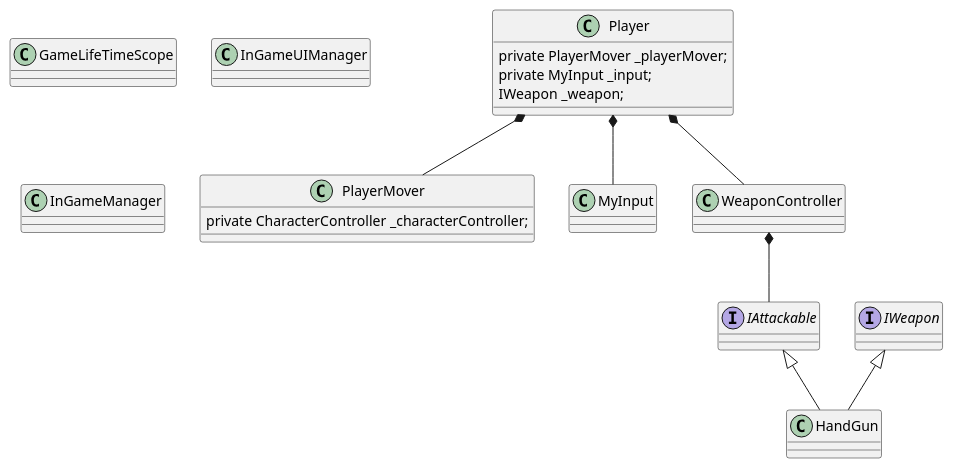
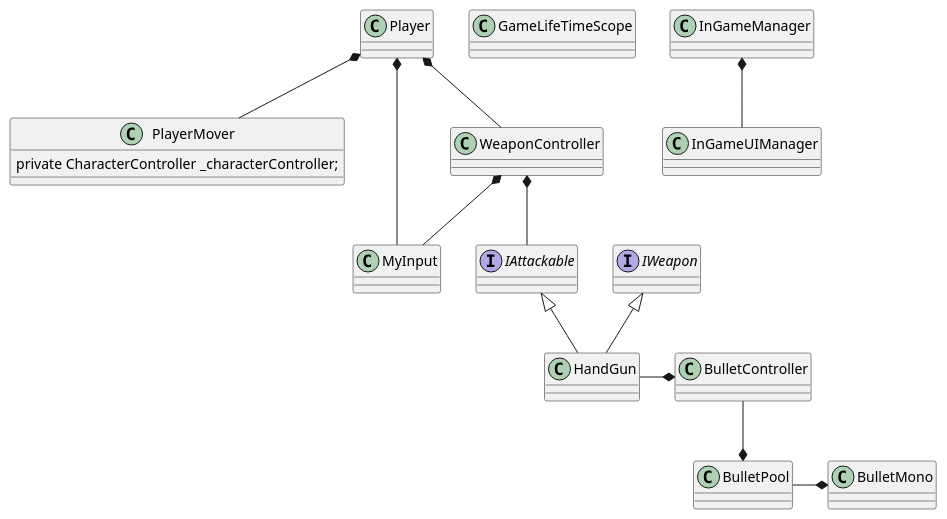
The diagram in Assets/ClassDiagram/nowClassDiagram/NowClassDiagram.puml (heller77/SimpleFPS), drawn with PlantUML before and after one commit.

Commit message:
今のクラス図を更新

```diff
--- a/Assets/ClassDiagram/nowClassDiagram/NowClassDiagram.puml
+++ b/Assets/ClassDiagram/nowClassDiagram/NowClassDiagram.puml
@@ -1,29 +1,35 @@
 @startuml
 
 class GameLifeTimeScope{}
 
 Player *-- PlayerMover
 Player *-- MyInput
 Player *-- WeaponController
+WeaponController *-- MyInput
 class Player{
-         private PlayerMover _playerMover;
-         private MyInput _input;
-         IWeapon _weapon;
 }
 class PlayerMover{
 private CharacterController _characterController;
 }
 class MyInput{}
 WeaponController *-- IAttackable
 class WeaponController{
 
 }
-
+HandGun -* BulletController
+BulletController --* BulletPool
+BulletPool -* BulletMono
 class HandGun extends IWeapon,IAttackable{}
 
 interface IWeapon{}
 interface IAttackable{}
-
+InGameManager *-- InGameUIManager
 class InGameUIManager{}
 class InGameManager{}
+
+class BulletMono{}
+class BulletPool{}
+class BulletController{}
+
+
 @enduml
```
